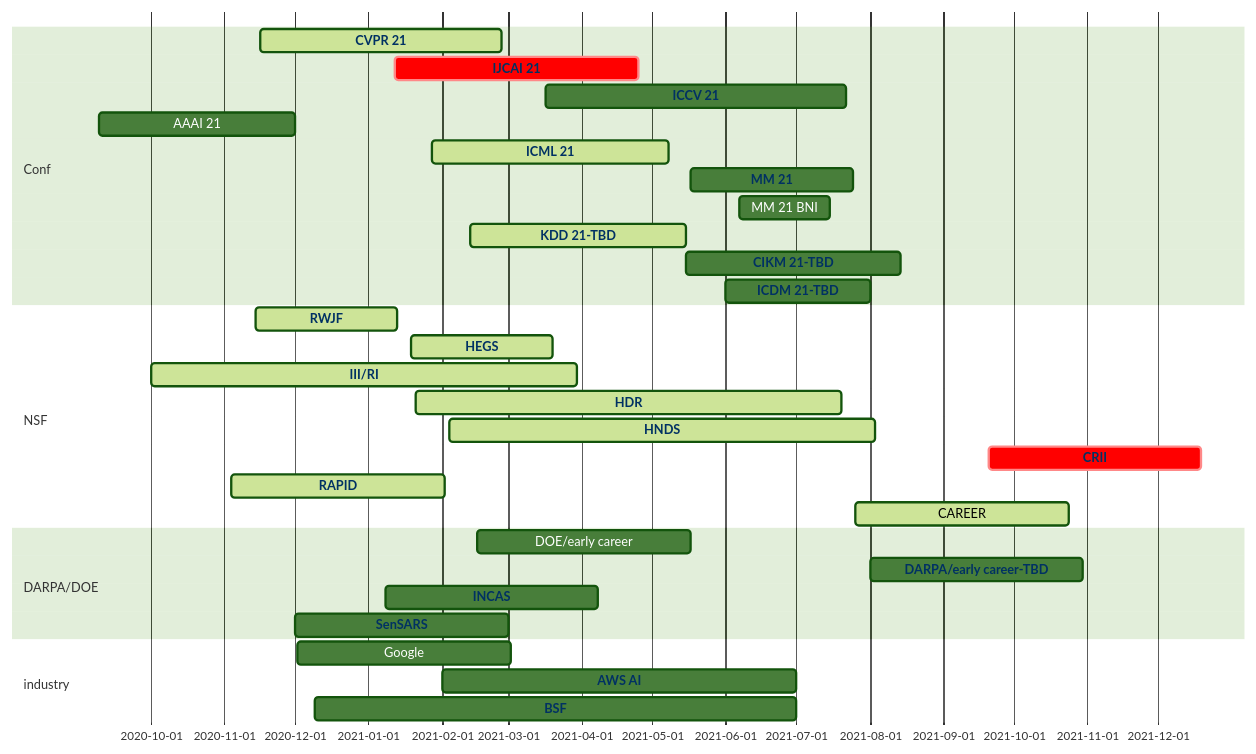
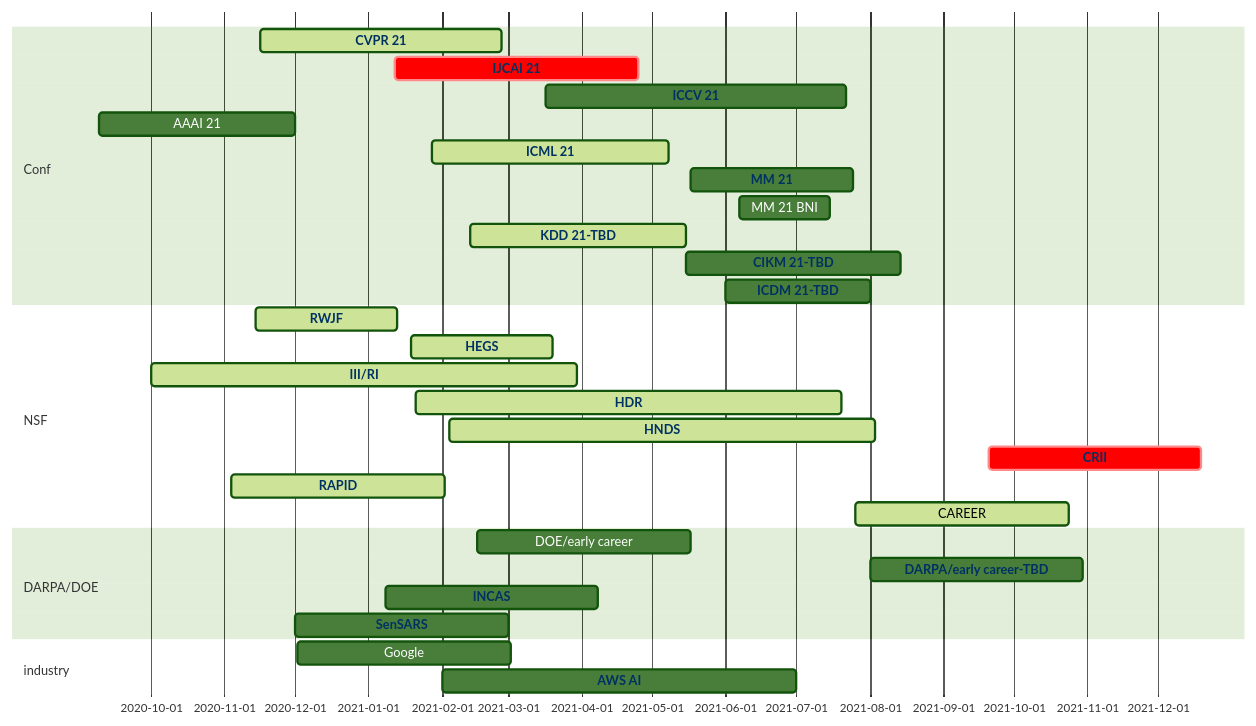
Before and after one commit to aquastar/academic-kickstart: the diagram in content/post/conf/index.md, drawn with Mermaid (forest theme).

````diff
--- a/content/post/conf/index.md
+++ b/content/post/conf/index.md
@@ -16,56 +16,54 @@
 ```mermaid
 gantt
   dateFormat  MM/DD/YY
   section Conf
     CVPR 21 :active, cvpr, 11/16/20, 02/26/21
     IJCAI 21 :crit, ijcai, 01/12/21, 04/25/21
     ICCV 21 :iccv, 03/17/21, 07/22/21
     AAAI 21 :aaai, 09/09/20, 12/01/20
     ICML 21:active, icml, 01/28/21, 05/08/21
     MM 21:mm, 05/17/21, 07/25/21
     MM 21 BNI:mmbni, 06/07/21, 07/15/21
     KDD 21-TBD:active, kdd, 02/13/21, 05/15/21
     CIKM 21-TBD:cikm, 05/15/21, 08/14/21
     ICDM 21-TBD:icdm, 06/01/21, 08/01/21
   section NSF
     RWJF :active, rwjf, 11/14/20, 60d
     HEGS: active, hegs, 01/19/21, 60d
     III/RI: active, iis, 10/01/20, 180d
     HDR :active, hdr, 01/21/21, 180d
     HNDS :active, hnds, 02/04/21, 180d
     CRII :crit, crii, 09/20/21, 90d 
     RAPID:active, rapid, 11/04/20, 90d
     CAREER:active, career, 07/26/21, 90d
   section DARPA/DOE
     DOE/early career: doe, 02/16/21, 90d 
     DARPA/early career-TBD: darpa, 08/01/21, 90d
     INCAS: incas, 01/08/21, 90d
     SenSARS: sensars, 12/01/20, 90d
   section industry
     Google: google, 12/02/20, 90d
     AWS AI: aws, 02/01/21, 07/01/21
-    BSF: bsf, 12/09/20, 07/01/21
 
-  click bsf href "https://www.bsf.org.il/funding-opportunities/bsf-research-grants/about/"
   click sensars href "https://beta.sam.gov/opp/a84f1af107334afcbf39d885d8f668a3/view"
   click aws href "https://www.amazon.science/research-awards/call-for-proposals/aws-ai"
   click incas href "https://beta.sam.gov/opp/6bbca26d91df4eff96b4edfa2386c35f/view?keywords=incas&sort=-relevance&index=&is_active=true&page=1"
   click darpa href "https://www.darpa.mil/work-with-us/for-universities/young-faculty-award"
   click deo href "https://www.grants.gov/web/grants/search-grants.html"
   click cvpr href "http://cvpr2021.thecvf.com/"
   click iccv href "http://iccv2021.thecvf.com/"
   click icml href "https://icml.cc/Conferences/2021"
   click ijcai href "http://www.ijcai-21.org/"
   click kdd href "http://www.kdd.org/kdd2021"
   click www href "https://www2021.thewebconf.org/"
   click cikm href "https://www.cikm2021.org/"
   click icdm href "http://icdm2021.bigke.org"
   click mm href "https://2020.acmmm.org/index.html"
   click crii href "https://www.nsf.gov/funding/pgm_summ.jsp?pims_id=504952"
   click hdr href "https://www.nsf.gov/funding/pgm_summ.jsp?pims_id=505828&org=NSF&sel_org=CISE&from=fund"
   click hnds href "https://www.nsf.gov/funding/pgm_summ.jsp?pims_id=505702"
   click rwjf href "https://anr.rwjf.org/viewCfp.do?cfpId=1509&cfpOverviewId="
   click iis href "https://www.nsf.gov/funding/pgm_summ.jsp?pims_id=505667&org=NSF"
   click hegs href "https://www.nsf.gov/funding/pgm_summ.jsp?pims_id=505745&org=NSF&sel_org=NSF&from=fund"
   click rapid href "https://www.nsf.gov/news/special_reports/coronavirus/"
 ```
````
